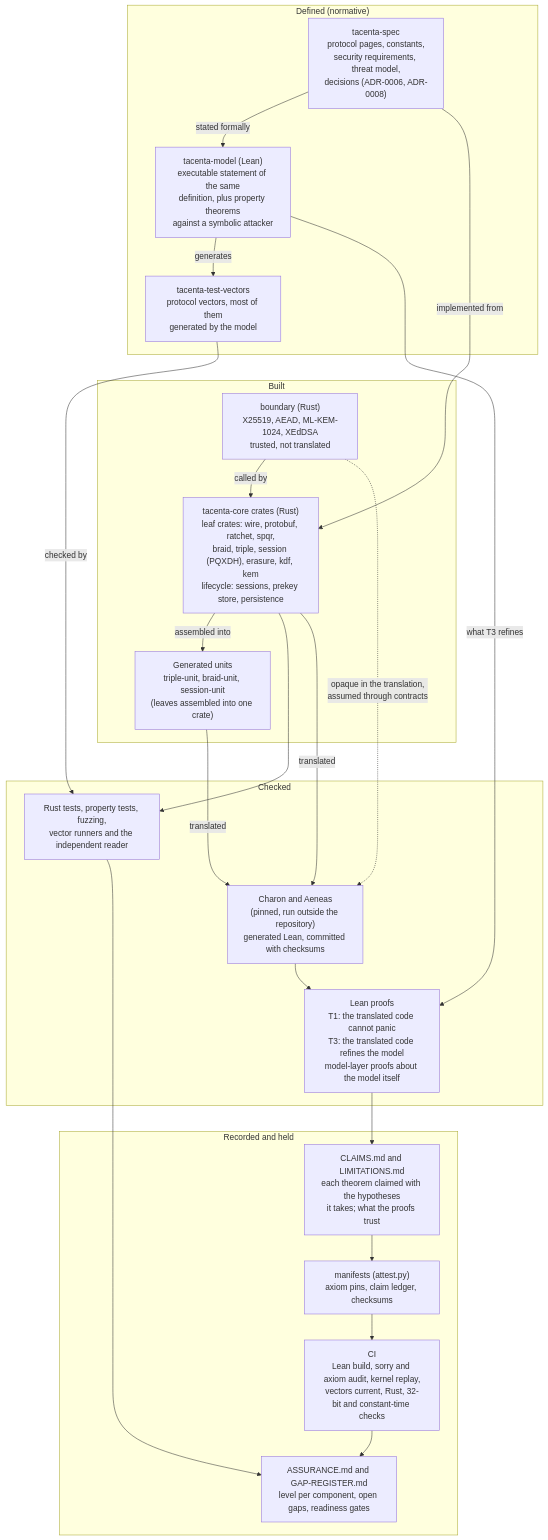
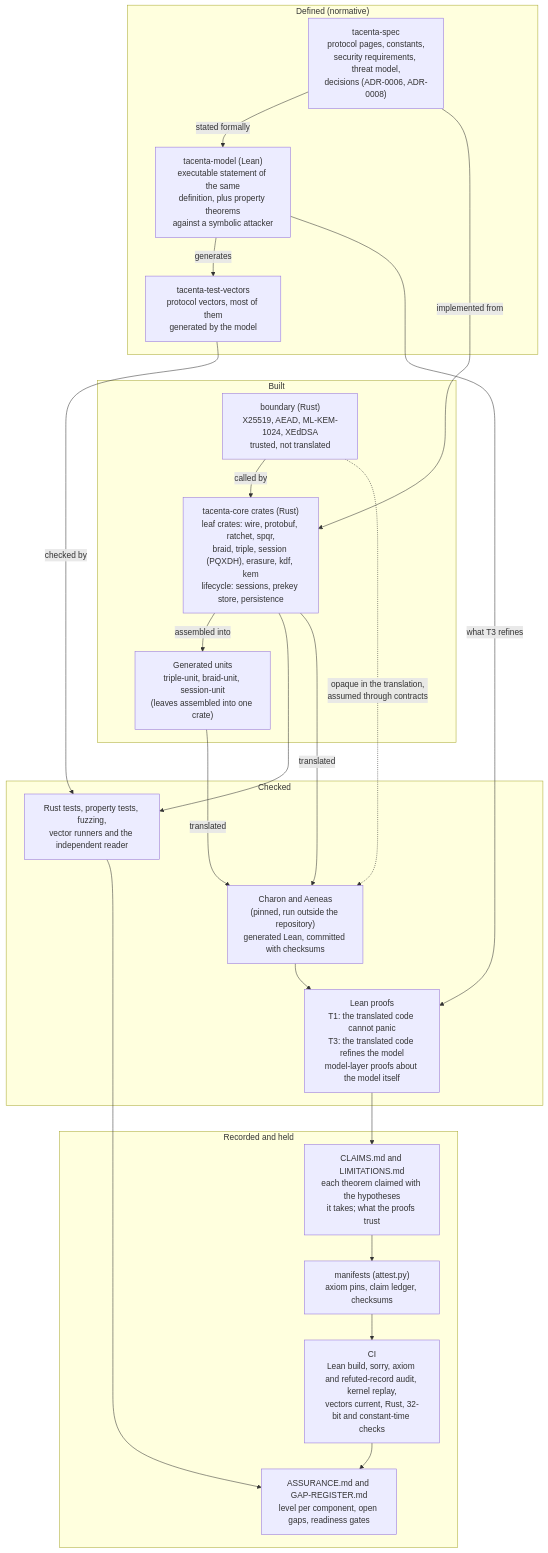
Before and after one commit to Natuvea/tacenta-core: the diagram in README.md, drawn with Mermaid. The commit also changed other lines of this file and 69 other files, not shown here.

````diff
--- a/README.md
+++ b/README.md
@@ -101,52 +101,52 @@
 ```mermaid
 flowchart TD
     subgraph DEFINE["Defined (normative)"]
         SPEC["tacenta-spec<br/>protocol pages, constants,<br/>security requirements, threat model,<br/>decisions (ADR-0006, ADR-0008)"]
         MODEL["tacenta-model (Lean)<br/>executable statement of the same<br/>definition, plus property theorems<br/>against a symbolic attacker"]
         VEC["tacenta-test-vectors<br/>protocol vectors, most of them<br/>generated by the model"]
     end
 
     subgraph BUILD["Built"]
         BOUND["boundary (Rust)<br/>X25519, AEAD, ML-KEM-1024, XEdDSA<br/>trusted, not translated"]
         CRATES["tacenta-core crates (Rust)<br/>leaf crates: wire, protobuf, ratchet, spqr,<br/>braid, triple, session (PQXDH), erasure, kdf, kem<br/>lifecycle: sessions, prekey store, persistence"]
         UNITS["Generated units<br/>triple-unit, braid-unit, session-unit<br/>(leaves assembled into one crate)"]
     end
 
     subgraph CHECK["Checked"]
         TESTS["Rust tests, property tests, fuzzing,<br/>vector runners and the independent reader"]
         TRANS["Charon and Aeneas<br/>(pinned, run outside the repository)<br/>generated Lean, committed with checksums"]
         PROOFS["Lean proofs<br/>T1: the translated code cannot panic<br/>T3: the translated code refines the model<br/>model-layer proofs about the model itself"]
     end
 
     subgraph RECORD["Recorded and held"]
         CLAIMS["CLAIMS.md and LIMITATIONS.md<br/>each theorem claimed with the hypotheses<br/>it takes; what the proofs trust"]
         MANIFEST["manifests (attest.py)<br/>axiom pins, claim ledger, checksums"]
-        CI["CI<br/>Lean build, sorry and axiom audit, kernel replay,<br/>vectors current, Rust, 32-bit and constant-time checks"]
+        CI["CI<br/>Lean build, sorry, axiom and refuted-record audit, kernel replay,<br/>vectors current, Rust, 32-bit and constant-time checks"]
         ASSURE["ASSURANCE.md and GAP-REGISTER.md<br/>level per component, open gaps, readiness gates"]
     end
 
     VEC --> BOUND
     UNITS --> TESTS
     TESTS --> TRANS
 
     SPEC -->|"stated formally"| MODEL
     MODEL -->|"generates"| VEC
     BOUND -->|"called by"| CRATES
     CRATES -->|"assembled into"| UNITS
     TRANS --> PROOFS
     PROOFS --> CLAIMS
     CLAIMS --> MANIFEST
     MANIFEST --> CI
     CI --> ASSURE
 
     SPEC -->|"implemented from"| CRATES
     VEC -->|"checked by"| TESTS
     CRATES --> TESTS
     CRATES -->|"translated"| TRANS
     UNITS -->|"translated"| TRANS
     BOUND -. "opaque in the translation,<br/>assumed through contracts" .-> TRANS
     MODEL -->|"what T3 refines"| PROOFS
     TESTS --> ASSURE
 
     linkStyle 0,1,2 stroke-width:0px,stroke:transparent
 ```
````
